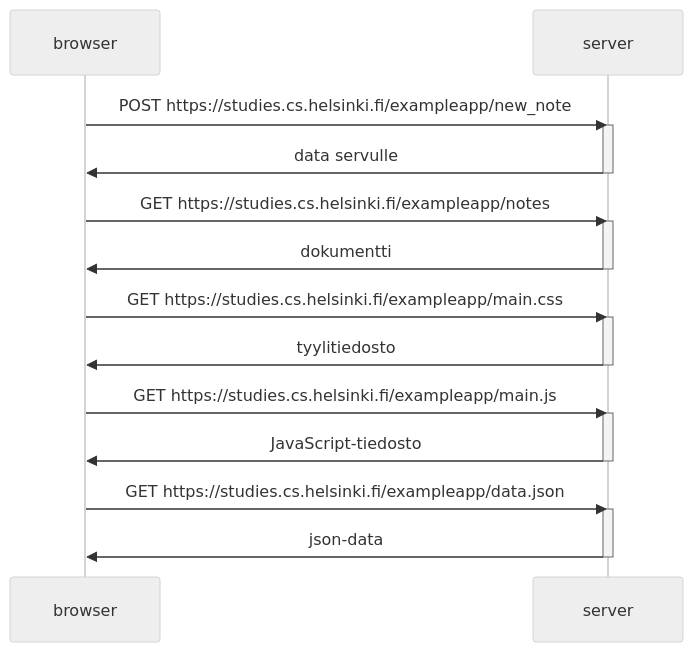
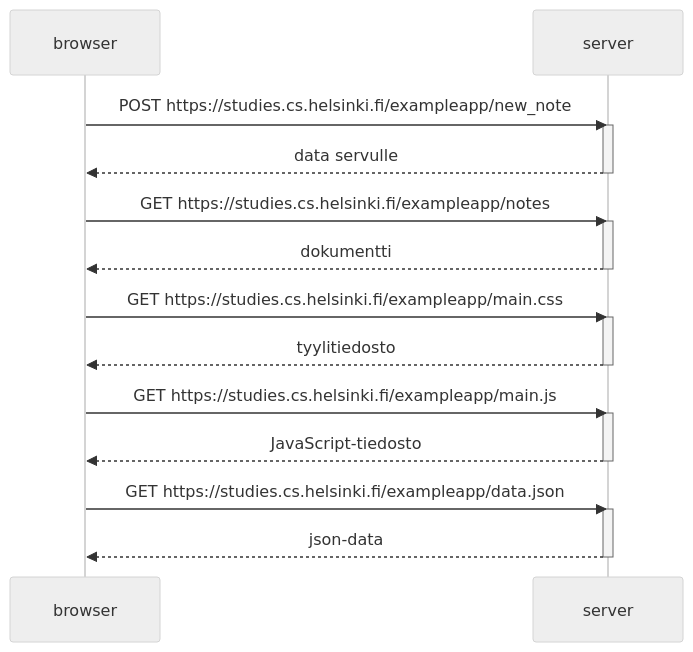
Before and after one commit to moppimies/fullstack: the diagram in osa0/04.md, drawn with Mermaid (neutral theme).

````diff
--- a/osa0/04.md
+++ b/osa0/04.md
@@ -1,30 +1,30 @@
 ```mermaid
 sequenceDiagram
 	participant browser
 	participant server
 
 	browser ->>server: POST https://studies.cs.helsinki.fi/exampleapp/new_note
 	activate server
-	server ->>browser: data servulle
+	server-->>browser: data servulle
 	deactivate server
 
 	browser ->>server: GET https://studies.cs.helsinki.fi/exampleapp/notes
 	activate server
-	server ->>browser: dokumentti
+	server-->>browser: dokumentti
 	deactivate server
 
 	browser ->>server: GET https://studies.cs.helsinki.fi/exampleapp/main.css
 	activate server
-	server ->>browser: tyylitiedosto
+	server-->>browser: tyylitiedosto
 	deactivate server
 
 	browser ->>server: GET https://studies.cs.helsinki.fi/exampleapp/main.js
 	activate server
-	server ->> browser: JavaScript-tiedosto
+	server-->> browser: JavaScript-tiedosto
 	deactivate server
 
 	browser ->>server: GET https://studies.cs.helsinki.fi/exampleapp/data.json
 	activate server
-	server ->> browser: json-data
+	server-->> browser: json-data
 	deactivate server
 ```
````
